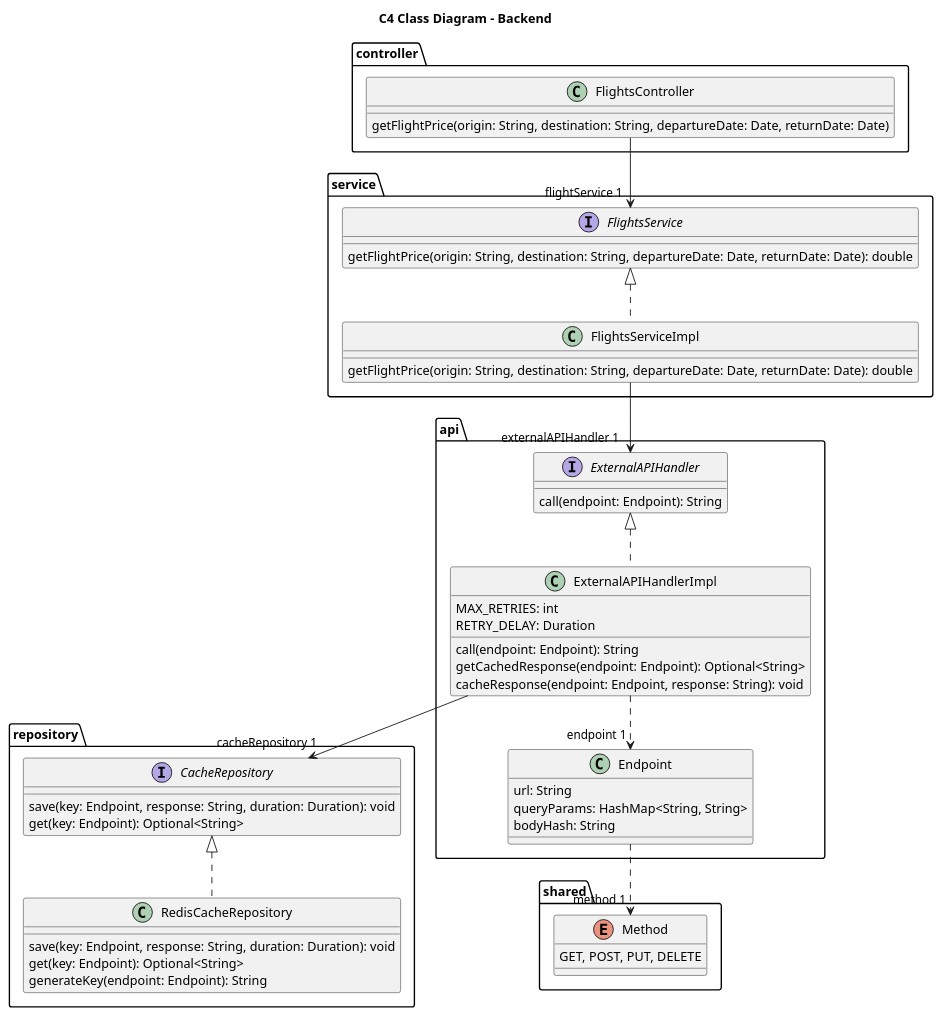
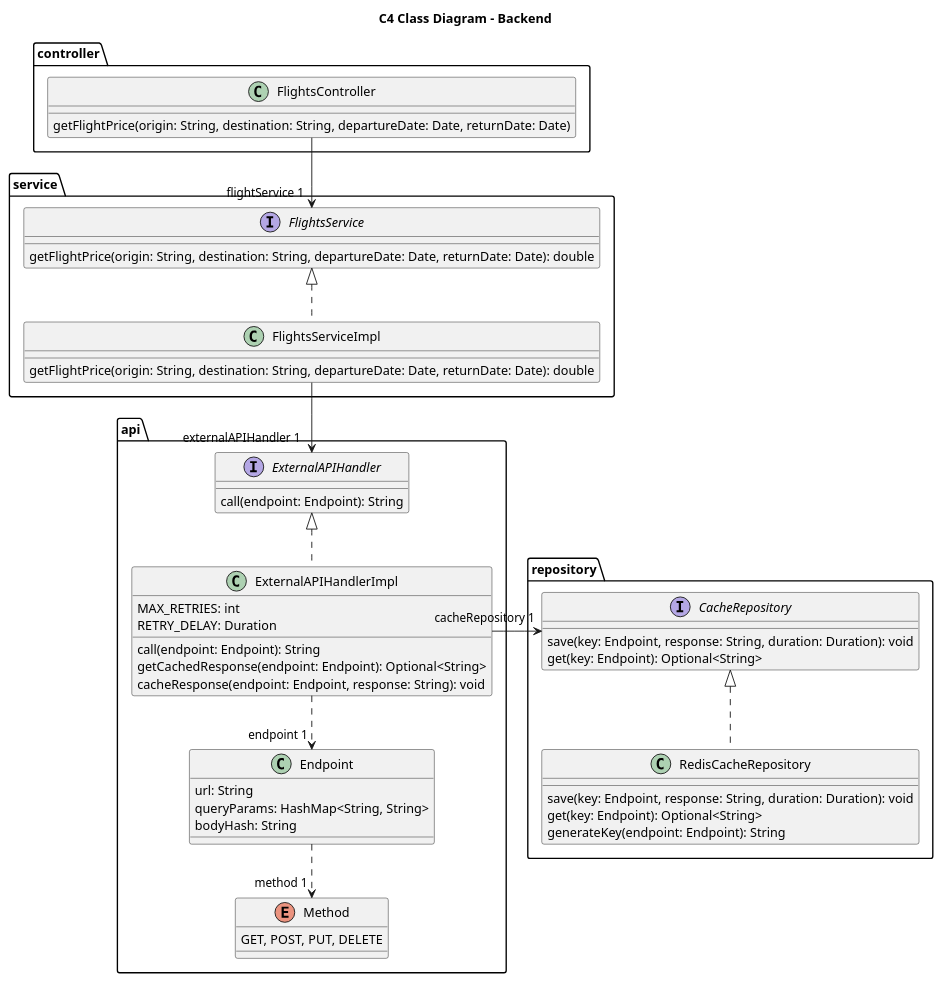
Before and after one commit to AIM-ENE-feb25/triptop-groep-4-jochem-roald-stijn-a: the diagram in software-guidebook/sgb-bestanden/ontwerpvragen/Fault Tolerance - class diagram.puml, drawn with PlantUML. The commit also changed 1 other file, not shown here.

Commit message:
fault tolerance class diagram aangepast

```diff
--- a/software-guidebook/sgb-bestanden/ontwerpvragen/Fault Tolerance - class diagram.puml
+++ b/software-guidebook/sgb-bestanden/ontwerpvragen/Fault Tolerance - class diagram.puml
@@ -1,73 +1,71 @@
 @startuml
 title C4 Class Diagram - Backend
 
 'hide circle
 'skinparam linetype ortho
 
 top to bottom direction
 
 package "controller" {
     class FlightsController {
         getFlightPrice(origin: String, destination: String, departureDate: Date, returnDate: Date)
     }
 }
 
 package "service" {
     interface FlightsService {
         getFlightPrice(origin: String, destination: String, departureDate: Date, returnDate: Date): double
     }
 
     class FlightsServiceImpl {
         getFlightPrice(origin: String, destination: String, departureDate: Date, returnDate: Date): double
     }
 }
 
 package "api" {
     interface ExternalAPIHandler {
         call(endpoint: Endpoint): String
     }
 
     class ExternalAPIHandlerImpl {
         MAX_RETRIES: int
         RETRY_DELAY: Duration
         call(endpoint: Endpoint): String
         getCachedResponse(endpoint: Endpoint): Optional<String>
         cacheResponse(endpoint: Endpoint, response: String): void
     }
 
     class Endpoint {
         url: String
         queryParams: HashMap<String, String>
         bodyHash: String
     }
+
+    enum Method {
+        GET, POST, PUT, DELETE
+    }
 }
 
 package "repository" {
     interface CacheRepository {
         save(key: Endpoint, response: String, duration: Duration): void
         get(key: Endpoint): Optional<String>
     }
 
     class RedisCacheRepository {
         save(key: Endpoint, response: String, duration: Duration): void
         get(key: Endpoint): Optional<String>
         generateKey(endpoint: Endpoint): String
     }
 }
 
-package "shared" {
-    enum Method {
-        GET, POST, PUT, DELETE
-    }
-}
-
 FlightsController --> "flightService 1" FlightsService
 FlightsServiceImpl .u.|> FlightsService
 FlightsServiceImpl --> "externalAPIHandler 1" ExternalAPIHandler
 ExternalAPIHandlerImpl .u.|> ExternalAPIHandler
-ExternalAPIHandlerImpl --> "cacheRepository 1" CacheRepository
+ExternalAPIHandlerImpl -r-> "cacheRepository 1" CacheRepository
 RedisCacheRepository .u.|> CacheRepository
 ExternalAPIHandlerImpl ..> "endpoint 1" Endpoint
 Endpoint ..> "method 1" Method
 
 @enduml
```
